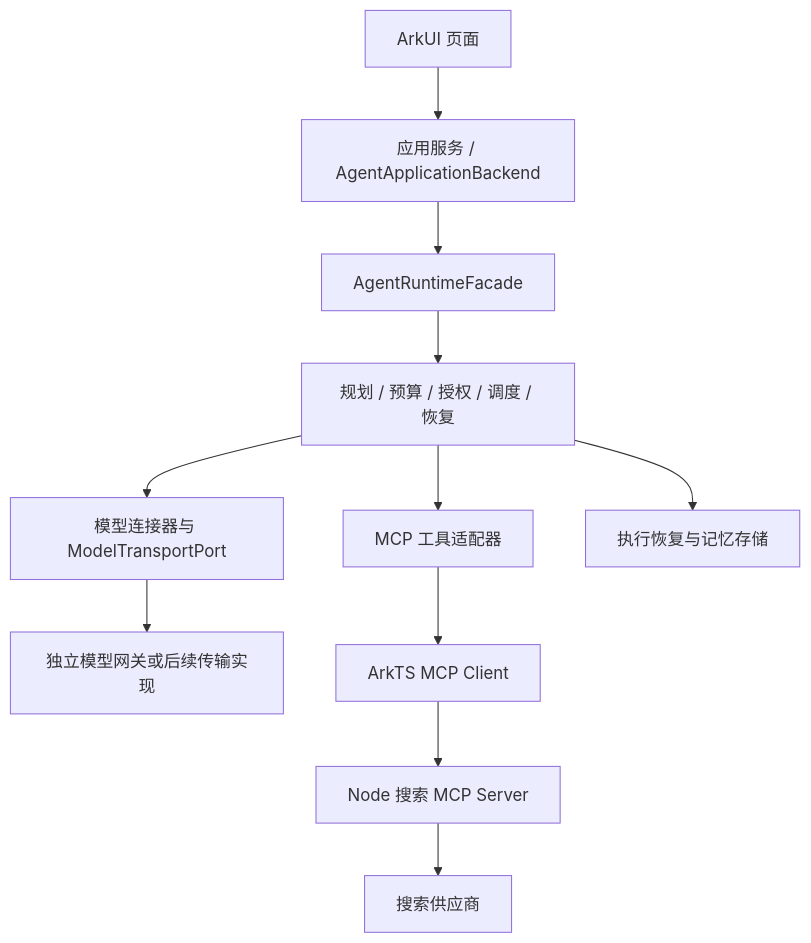
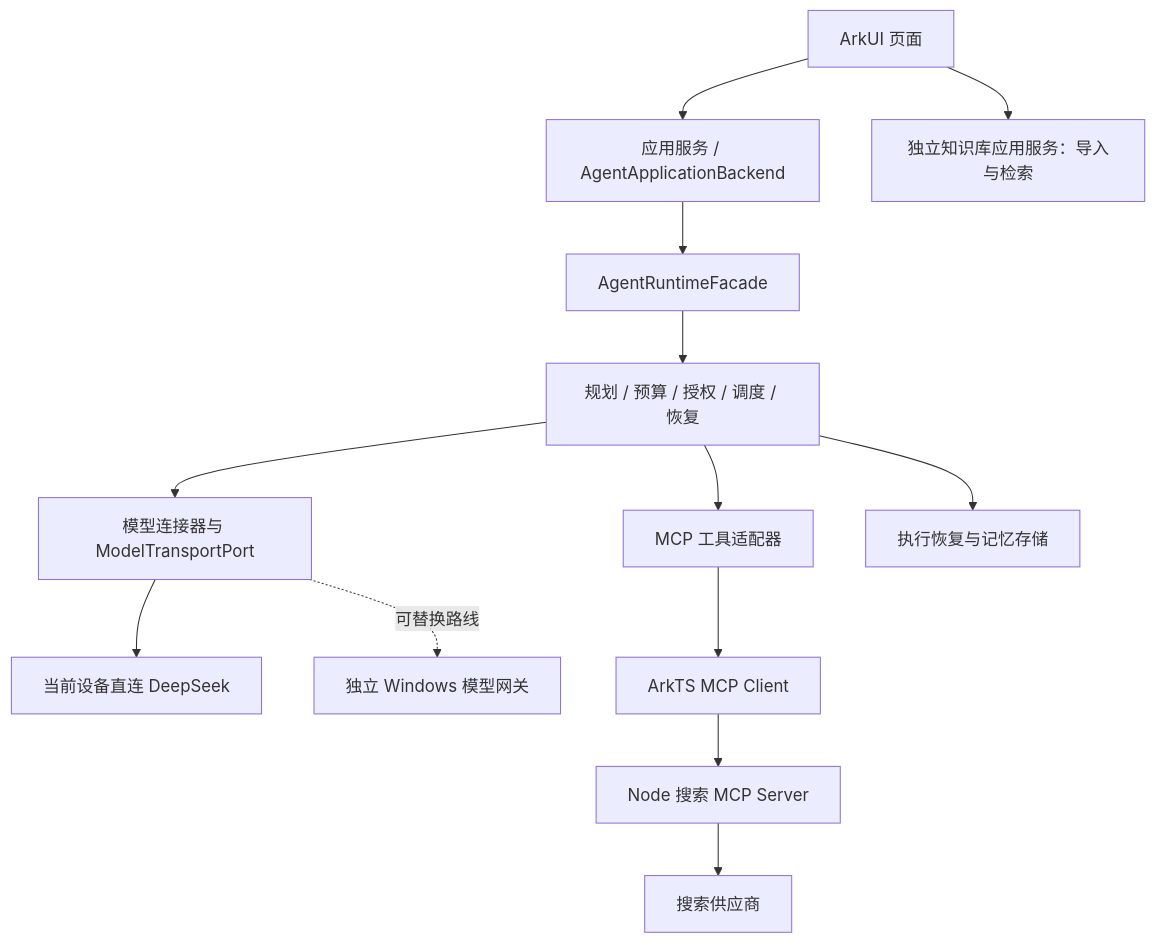
Before and after one commit to ZaneOw0/Shuvi-agent: the diagram in docs/architecture/Agent运行时架构.md, drawn with Mermaid. The commit also changed other lines of this file and 11 other files, not shown here.

````diff
--- a/docs/architecture/Agent运行时架构.md
+++ b/docs/architecture/Agent运行时架构.md
@@ -11,13 +11,15 @@
 ```mermaid
 flowchart TD
   UI[ArkUI 页面] --> App[应用服务 / AgentApplicationBackend]
   App --> Facade[AgentRuntimeFacade]
   Facade --> Runtime[规划 / 预算 / 授权 / 调度 / 恢复]
   Runtime --> Model[模型连接器与 ModelTransportPort]
   Runtime --> Tools[MCP 工具适配器]
   Runtime --> Storage[执行恢复与记忆存储]
-  Model --> Gateway[独立模型网关或后续传输实现]
+  Model --> Direct[当前设备直连 DeepSeek]
+  Model -. 可替换路线 .-> Gateway[独立 Windows 模型网关]
   Tools --> Client[ArkTS MCP Client]
   Client --> Search[Node 搜索 MCP Server]
   Search --> Provider[搜索供应商]
+  UI --> RAG[独立知识库应用服务：导入与检索]
 ```
````
